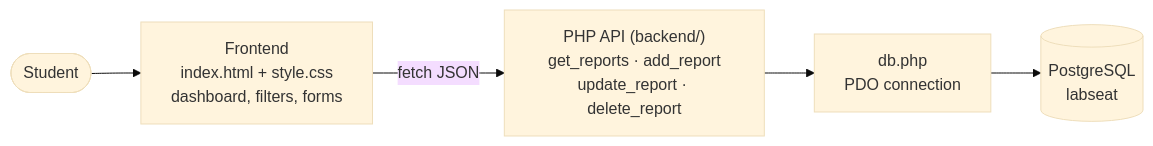
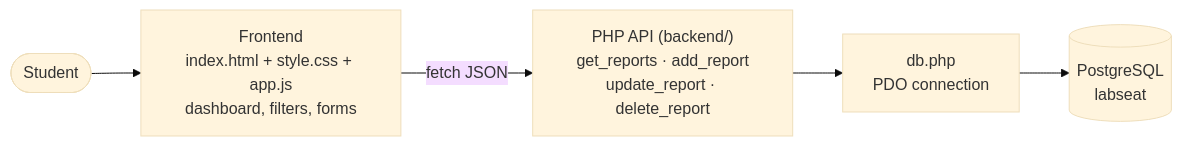
Before and after one commit to manaswichowdary/LabSeat: the first of 2 diagrams in README.md, drawn with Mermaid (base theme).

Commit message:
Update architecture diagram for app.js

````diff
--- a/README.md
+++ b/README.md
@@ -36,7 +36,7 @@
 ```mermaid
 flowchart LR
-    U([Student]) --> FE["Frontend<br/>index.html + style.css<br/>dashboard, filters, forms"]
+    U([Student]) --> FE["Frontend<br/>index.html + style.css + app.js<br/>dashboard, filters, forms"]
     FE -- "fetch JSON" --> API["PHP API (backend/)<br/>get_reports · add_report<br/>update_report · delete_report"]
     API --> DB["db.php<br/>PDO connection"]
     DB --> PG[("PostgreSQL<br/>labseat")]
 ```
````
